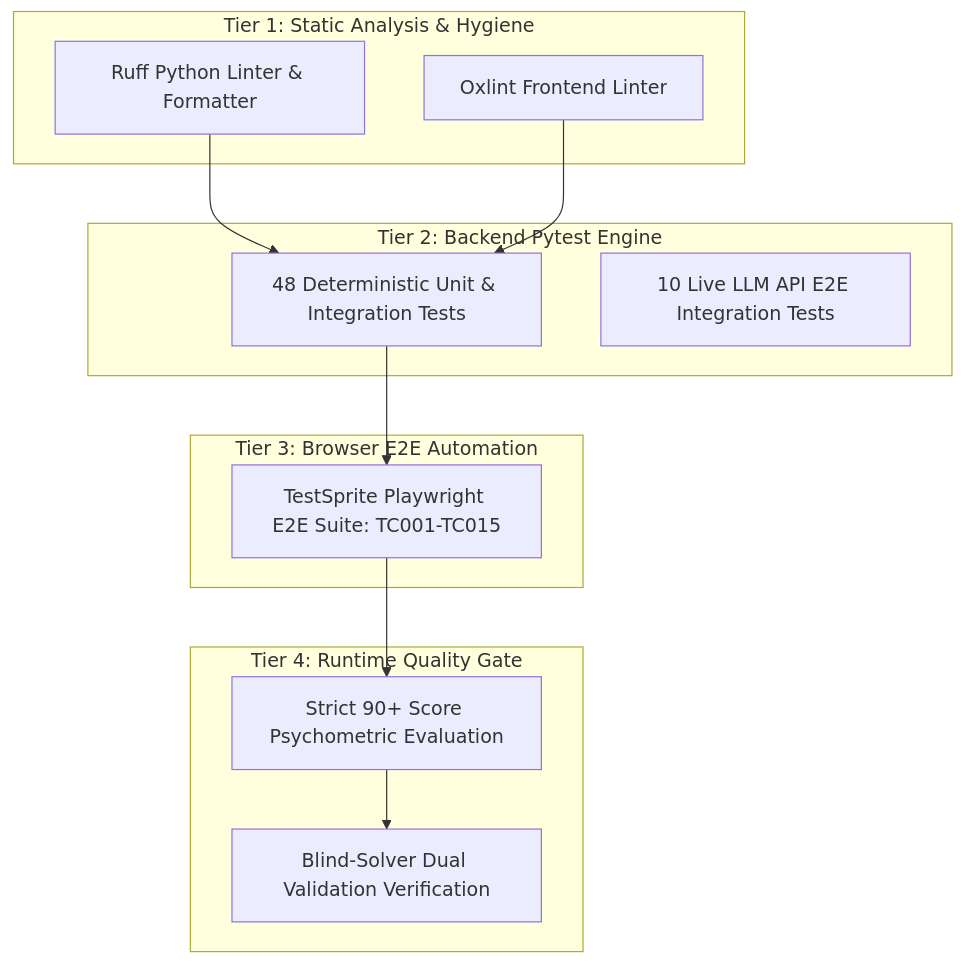
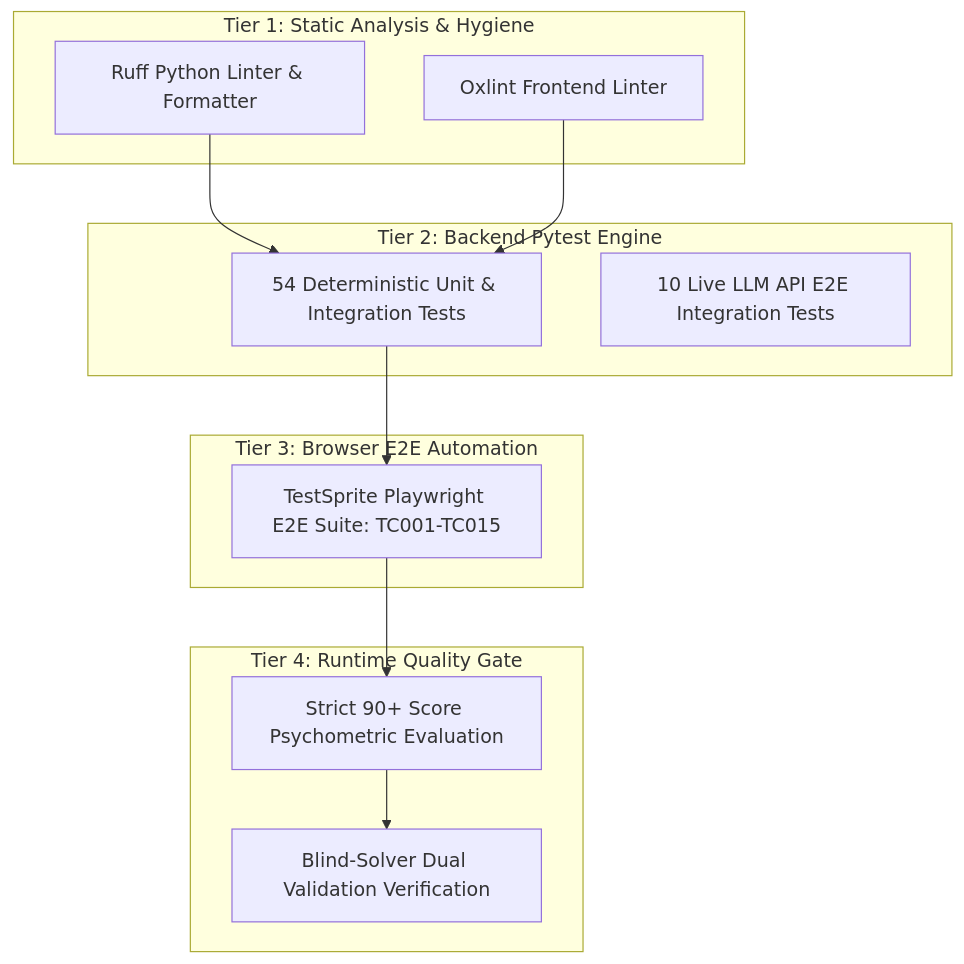
Before and after one commit to VishwamPatel-Infynno/MCAT-Question-Bank-Generator: the diagram in docs/TESTING_AND_QA.md, drawn with Mermaid. The commit also changed other lines of this file and 34 other files, not shown here.

First line of the commit message:
feat: implement question deduplication with override flow, performance optimizations, and passage UI refinements

````diff
--- a/docs/TESTING_AND_QA.md
+++ b/docs/TESTING_AND_QA.md
@@ -13,27 +13,27 @@
 ```mermaid
 graph TD
     subgraph "Tier 1: Static Analysis & Hygiene"
         Ruff[Ruff Python Linter & Formatter]
         Oxlint[Oxlint Frontend Linter]
     end
 
     subgraph "Tier 2: Backend Pytest Engine"
-        UnitTests[48 Deterministic Unit & Integration Tests]
+        UnitTests[54 Deterministic Unit & Integration Tests]
         LiveE2E[10 Live LLM API E2E Integration Tests]
     end
 
     subgraph "Tier 3: Browser E2E Automation"
         TestSprite[TestSprite Playwright E2E Suite: TC001-TC015]
     end
 
     subgraph "Tier 4: Runtime Quality Gate"
         StrictGate[Strict 90+ Score Psychometric Evaluation]
         BlindSolver[Blind-Solver Dual Validation Verification]
     end
 
     Ruff --> UnitTests
     Oxlint --> UnitTests
     UnitTests --> TestSprite
     TestSprite --> StrictGate
     StrictGate --> BlindSolver
 ```
````
